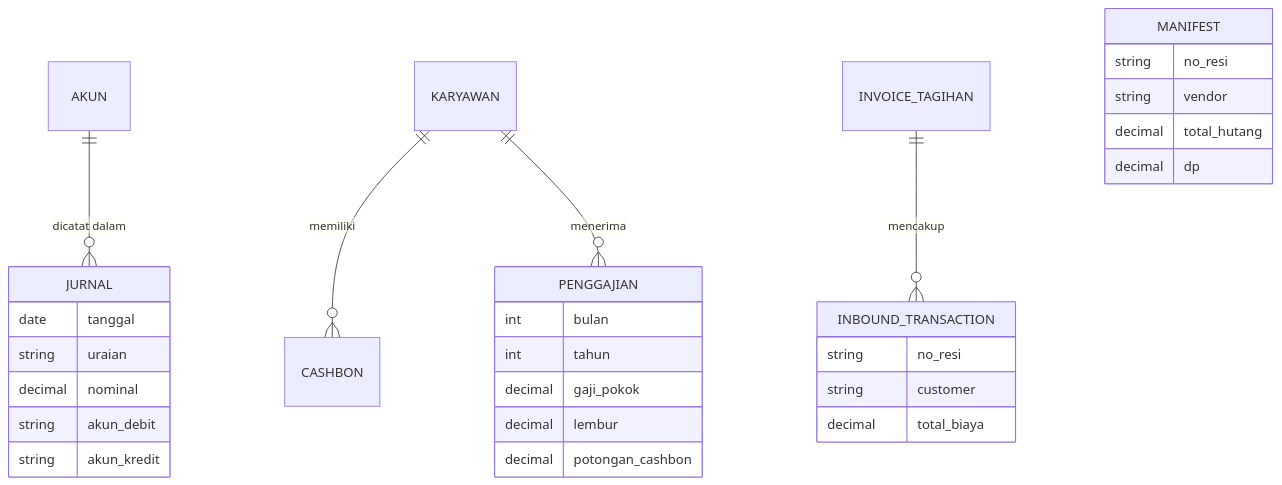
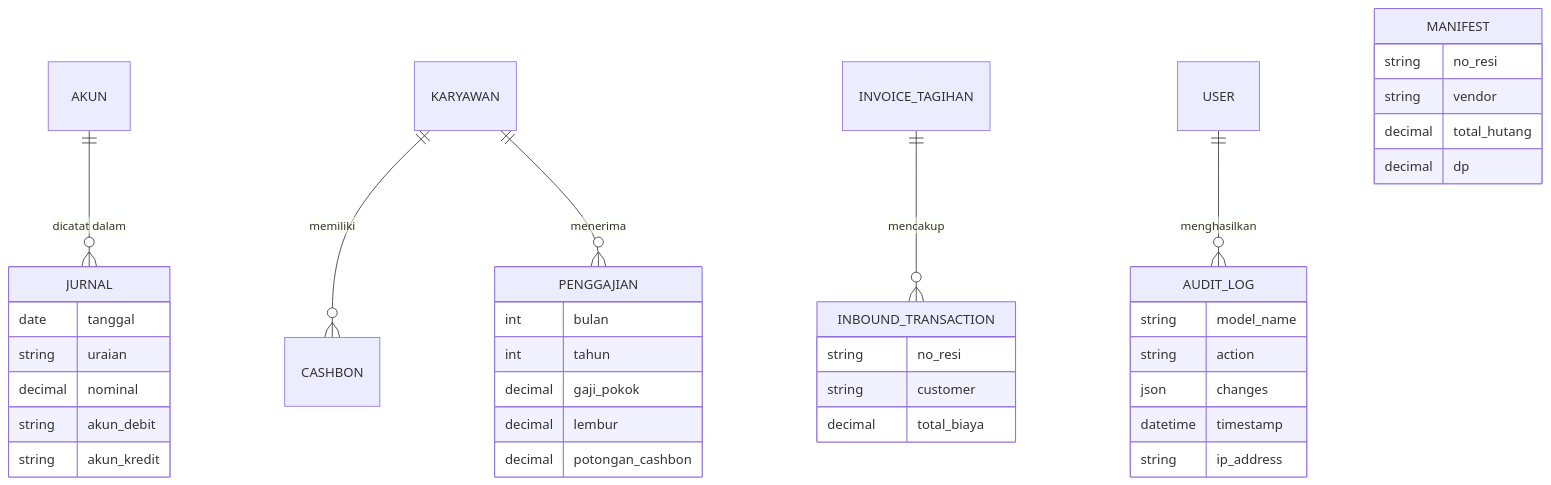
Before and after one commit to bmmcargo/dashboard-accountant: the first of 2 diagrams in README.md, drawn with Mermaid. The commit also changed other lines of this file and 40 other files, not shown here.

````diff
--- a/README.md
+++ b/README.md
@@ -96,36 +164,45 @@
 ```mermaid
 erDiagram
     AKUN ||--o{ JURNAL : "dicatat dalam"
     KARYAWAN ||--o{ CASHBON : "memiliki"
     KARYAWAN ||--o{ PENGGAJIAN : "menerima"
     INVOICE_TAGIHAN ||--o{ INBOUND_TRANSACTION : "mencakup"
+    USER ||--o{ AUDIT_LOG : "menghasilkan"
 
     MANIFEST {
         string no_resi
         string vendor
         decimal total_hutang
         decimal dp
     }
 
     INBOUND_TRANSACTION {
         string no_resi
         string customer
         decimal total_biaya
     }
 
     PENGGAJIAN {
         int bulan
         int tahun
         decimal gaji_pokok
         decimal lembur
         decimal potongan_cashbon
     }
 
     JURNAL {
         date tanggal
         string uraian
         decimal nominal
         string akun_debit
         string akun_kredit
     }
+
+    AUDIT_LOG {
+        string model_name
+        string action
+        json changes
+        datetime timestamp
+        string ip_address
+    }
 ```
````
